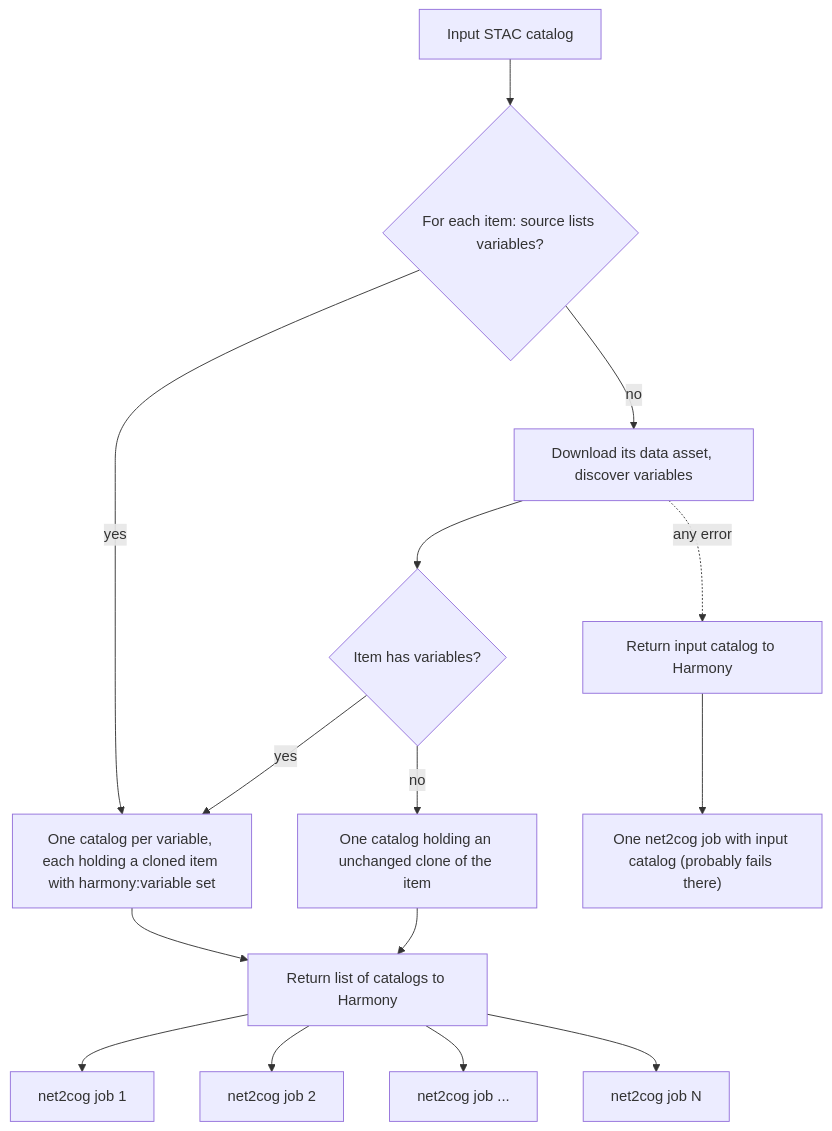
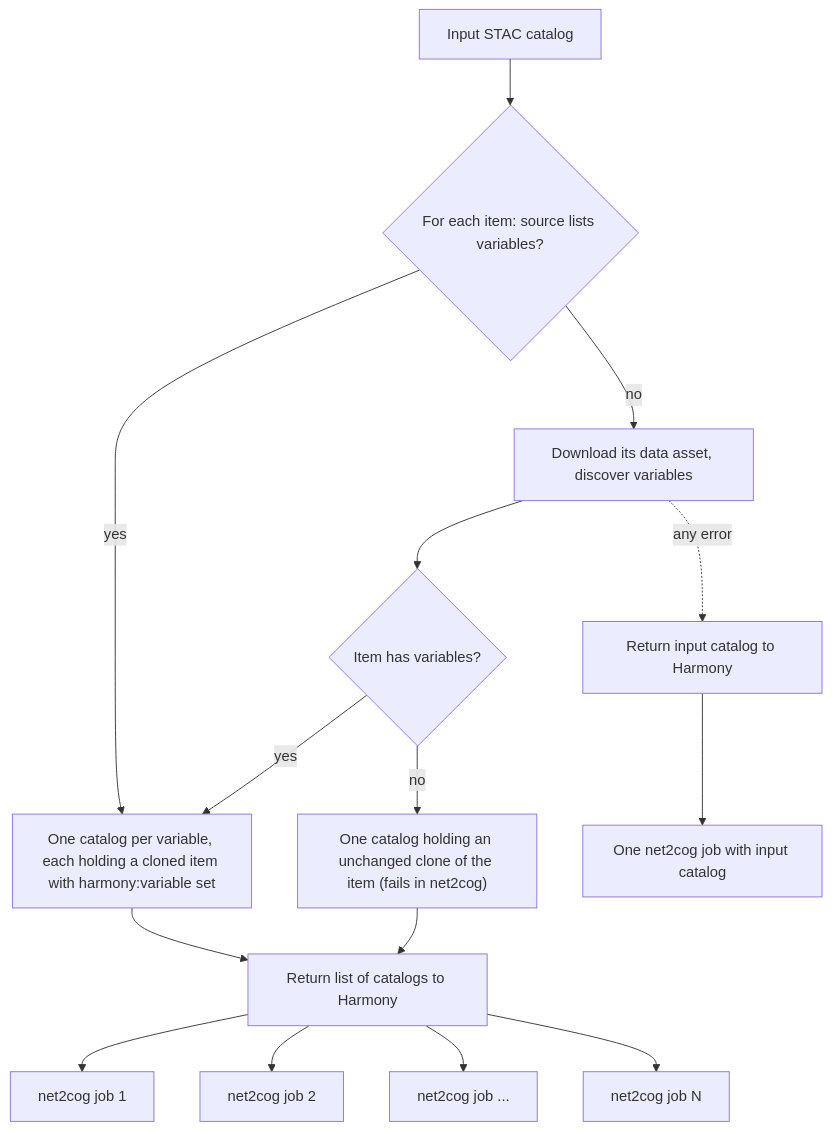
Before and after one commit to nasa/harmony-variable-fan-out: the diagram in README.md, drawn with Mermaid.

Commit message:
DAS-2559: Update README with error notes.

````diff
--- a/README.md
+++ b/README.md
@@ -10,14 +10,14 @@
 ```mermaid
 flowchart TD
     A[Input STAC catalog] --> B{For each item: source lists variables?}
     B -- no --> C[Download its data asset, discover variables]
     B -- yes --> E
     C --> D{Item has variables?}
     D -- yes --> E[One catalog per variable, each holding a cloned item with harmony:variable set]
-    D -- no --> F[One catalog holding an unchanged clone of the item]
+    D -- no --> F["One catalog holding an unchanged clone of the item (fails in net2cog)"]
     E --> G[Return list of catalogs to Harmony]
     F --> G
     G --> H[net2cog job 1] & I[net2cog job 2] & J[net2cog job ...] & K[net2cog job N]
     C -. any error .-> P[Return input catalog to Harmony]
-    P --> Q["One net2cog job with input catalog (probably fails there)"]
+    P --> Q["One net2cog job with input catalog"]
 ```
````
